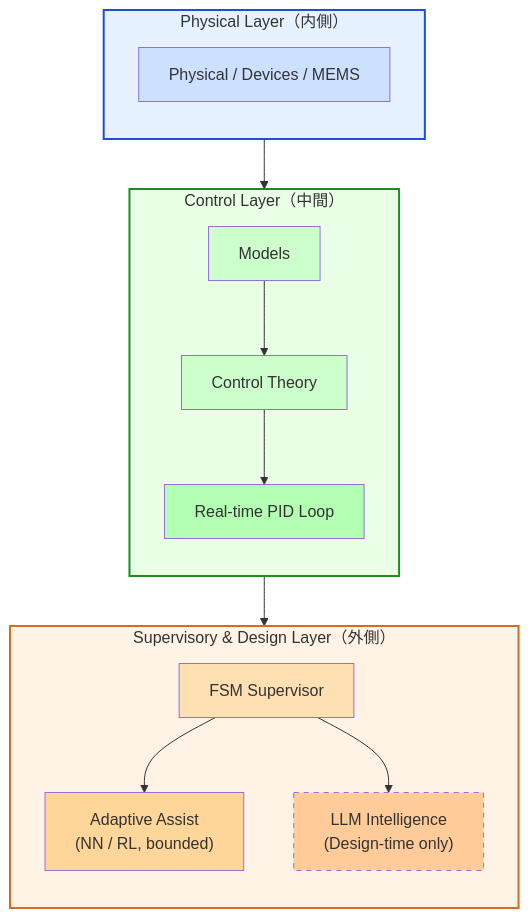
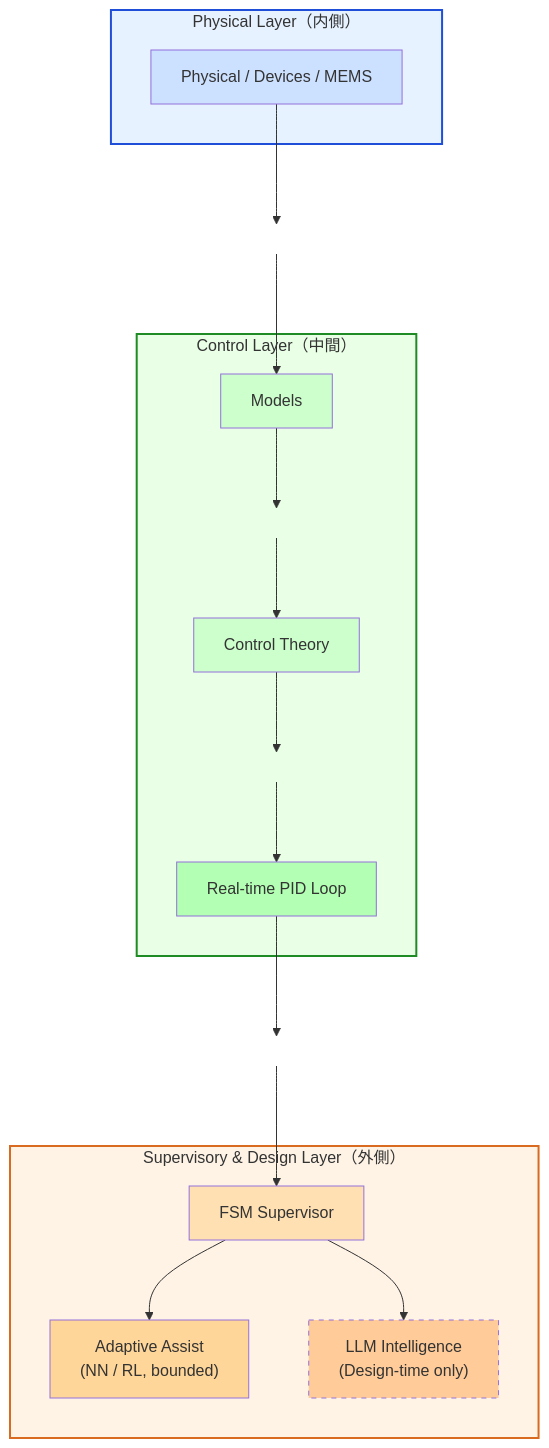
The diagram in portal/index.md (Samizo-AITL/Samizo-AITL.github.io), drawn with Mermaid before and after one commit.

````diff
--- a/portal/index.md
+++ b/portal/index.md
@@ -74,46 +74,53 @@
 ```mermaid
+%%{init: {"flowchart": {"nodeSpacing": 60, "rankSpacing": 80}}}%%
 flowchart TB
+
   %% ===== Physical Layer =====
   subgraph PL["Physical Layer（内側）"]
-    direction TB
     P["Physical / Devices / MEMS"]
   end
 
+  %% spacer
+  SP1[" "]:::spacer
+
   %% ===== Control Layer =====
   subgraph CL["Control Layer（中間）"]
-    direction TB
     M["Models"]
+    SP2[" "]:::spacer
     C["Control Theory"]
+    SP3[" "]:::spacer
     R["Real-time PID Loop"]
   end
 
-  %% ===== Supervisory & Design Layer =====
+  %% ===== Supervisory Layer =====
+  SP4[" "]:::spacer
   subgraph SL["Supervisory & Design Layer（外側）"]
-    direction TB
     S["FSM Supervisor"]
     A["Adaptive Assist\n(NN / RL, bounded)"]
     I["LLM Intelligence\n(Design-time only)"]
   end
 
-  %% ===== Flow（明示的に分離）=====
-  P --> M
-  M --> C
-  C --> R
-  R --> S
+  %% ===== Flow =====
+  P --> SP1 --> M
+  M --> SP2 --> C
+  C --> SP3 --> R
+  R --> SP4 --> S
   S --> A
   S --> I
 
-  %% ===== Style =====
+  %% ===== Styles =====
+  classDef spacer fill:transparent,stroke:transparent
+
   style PL fill:#e6f2ff,stroke:#1f4ed8,stroke-width:2px
   style CL fill:#e9ffe6,stroke:#1f8b24,stroke-width:2px
   style SL fill:#fff3e6,stroke:#d86b1f,stroke-width:2px
 
   style P fill:#cce0ff
   style M fill:#ccffcc
   style C fill:#ccffcc
   style R fill:#b3ffb3
 
   style S fill:#ffe0b3
   style A fill:#ffd699
   style I fill:#ffcc99,stroke-dasharray:5 5
 ```
````
